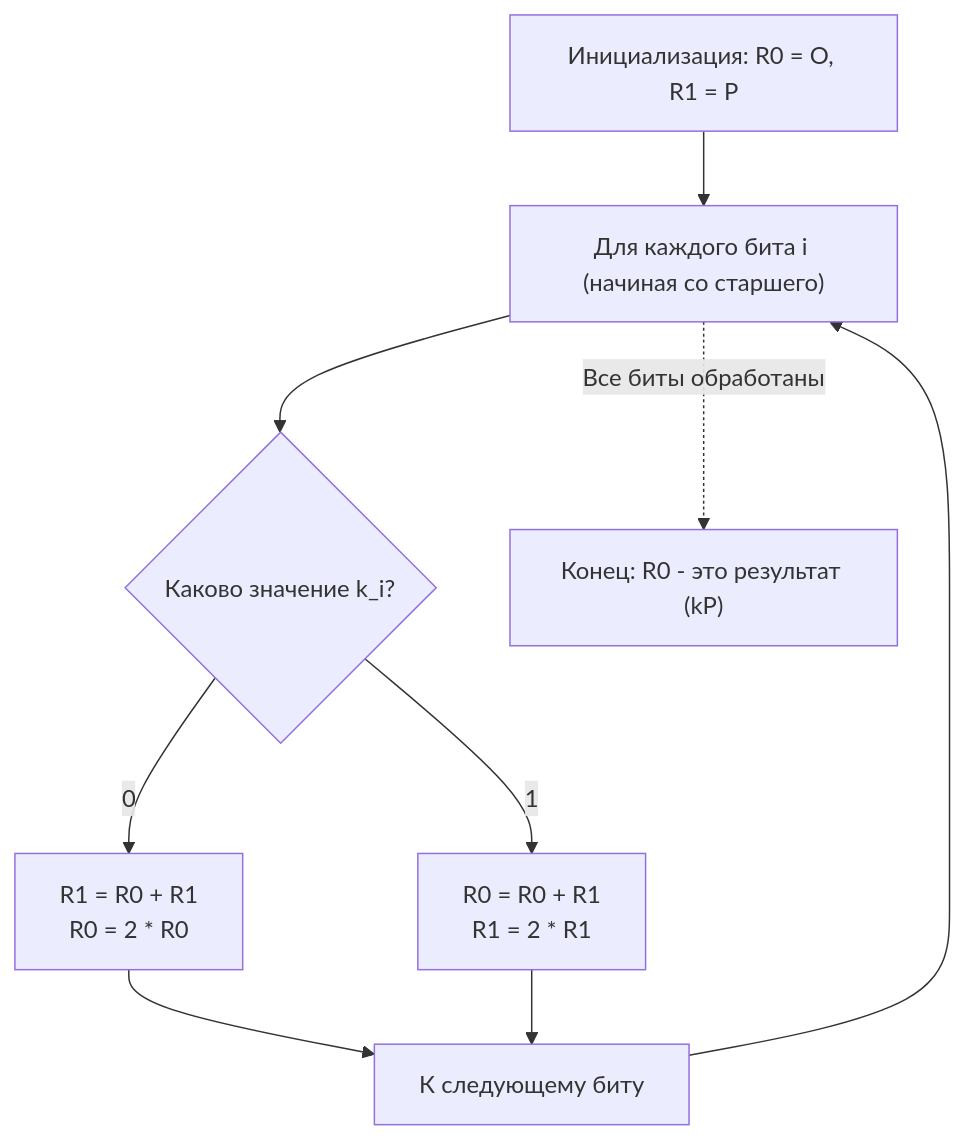
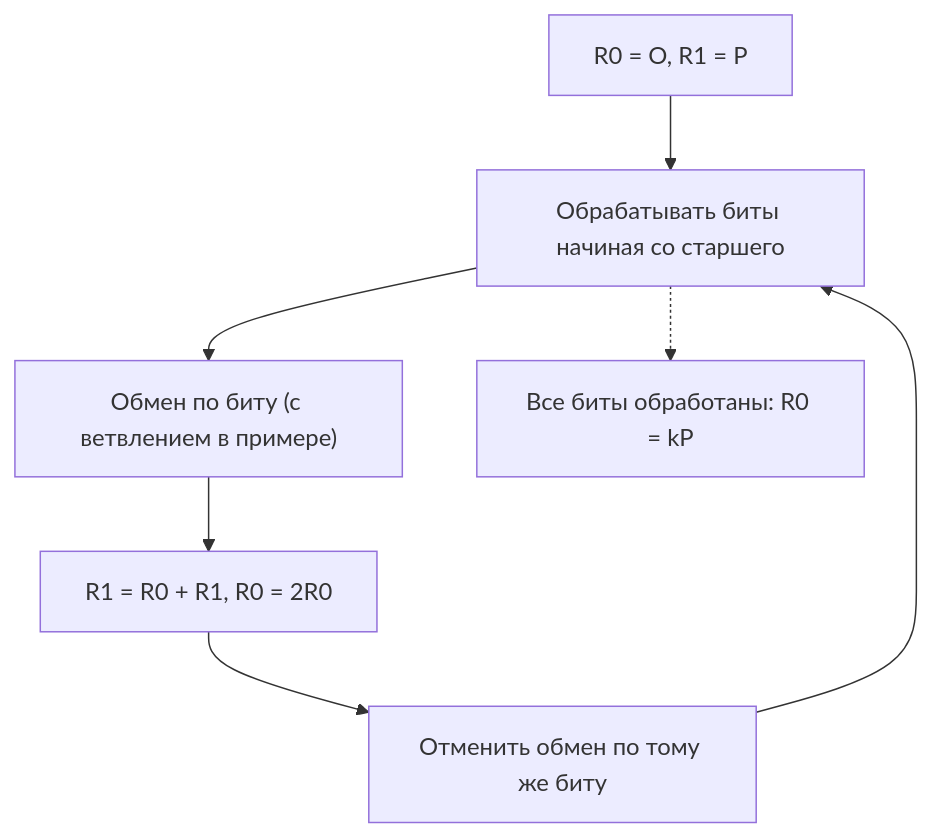
The second of 3 diagrams in content/post/楕円曲線暗号の数学的基礎とcppでの実装/index.ru.md (kenjinote/blog), drawn with Mermaid before and after one commit. The commit also changed other lines of this file and 6 other files, not shown here.

````diff
--- a/content/post/楕円曲線暗号の数学的基礎とcppでの実装/index.ru.md
+++ b/content/post/楕円曲線暗号の数学的基礎とcppでの実装/index.ru.md
@@ -252,14 +106,9 @@
 ```mermaid
 graph TD
-    Start["Инициализация: R0 = O, R1 = P"] --> LoopStart["Для каждого бита i (начиная со старшего)"]
-    LoopStart --> Cond{"Каково значение k_i?"}
-    
-    Cond -->|"0"| Branch0["R1 = R0 + R1<br>R0 = 2 * R0"]
-    Cond -->|"1"| Branch1["R0 = R0 + R1<br>R1 = 2 * R1"]
-    
-    Branch0 --> LoopEnd["К следующему биту"]
-    Branch1 --> LoopEnd
-    
-    LoopEnd --> LoopStart
-    LoopStart -.->|"Все биты обработаны"| End["Конец: R0 - это результат (kP)"]
+    A["R0 = O, R1 = P"] --> B["Обрабатывать биты начиная со старшего"]
+    B --> C["Обмен по биту (с ветвлением в примере)"]
+    C --> D["R1 = R0 + R1, R0 = 2R0"]
+    D --> E["Отменить обмен по тому же биту"]
+    E --> B
+    B -.-> F["Все биты обработаны: R0 = kP"]
 ```
````
